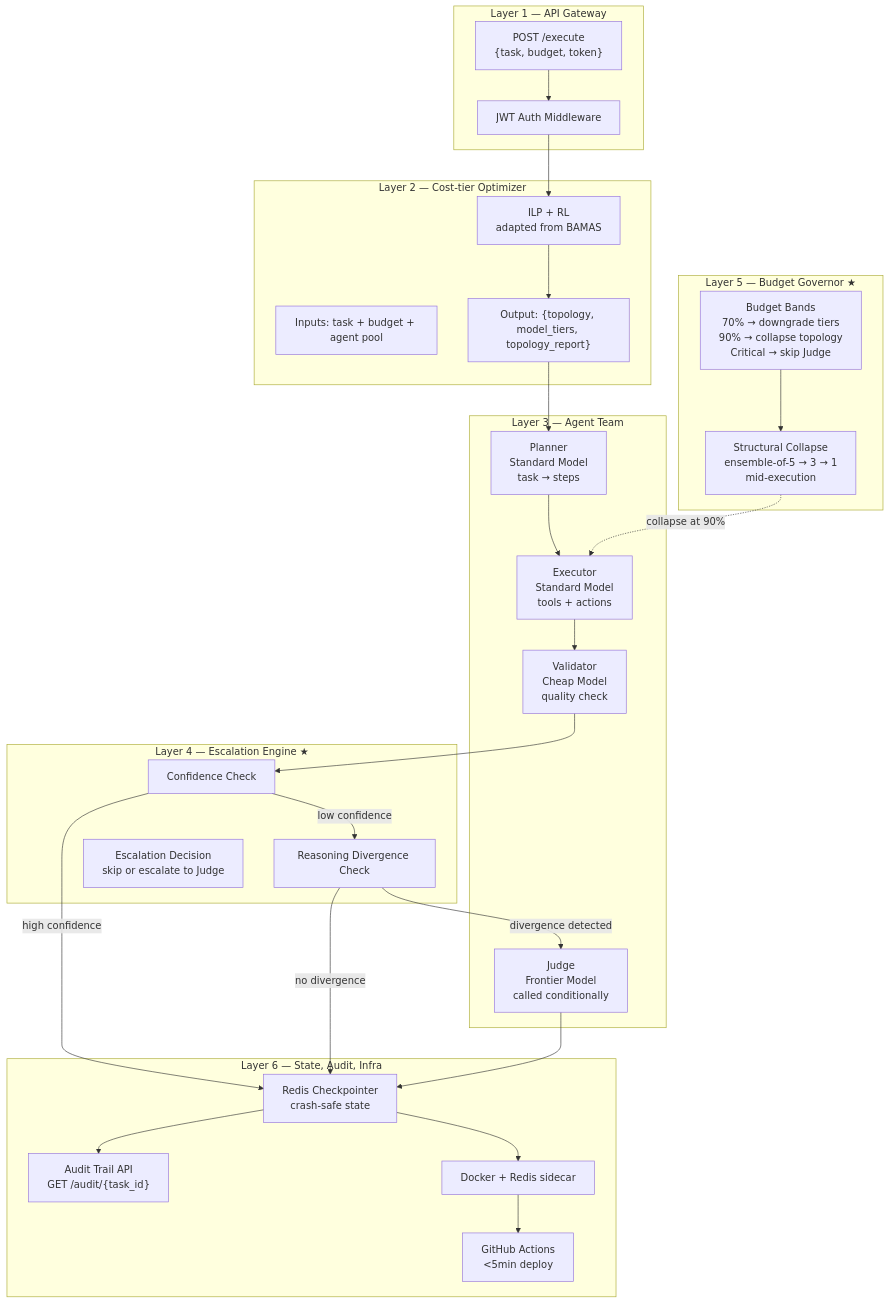
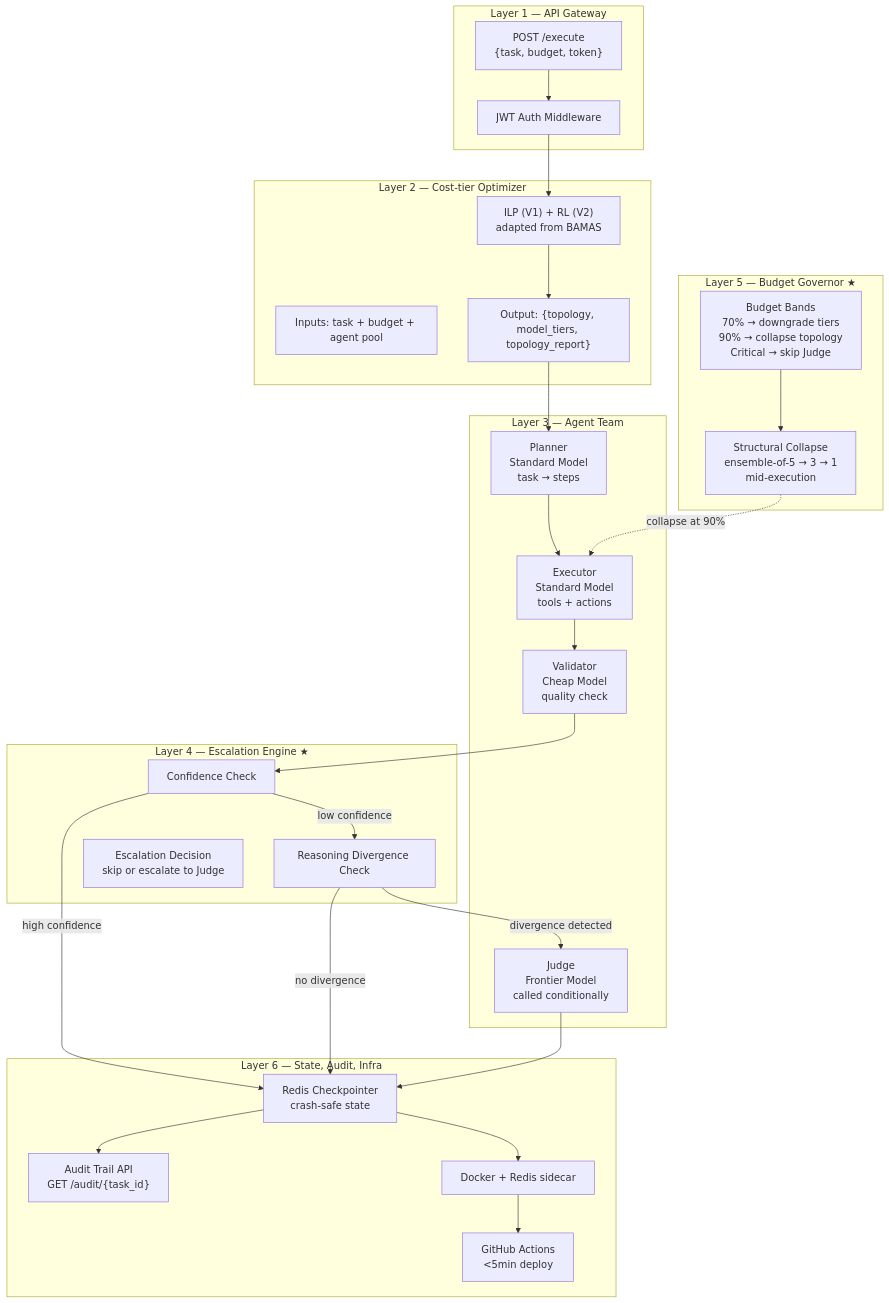
Before and after one commit to nikunjkumar05/multi_agent: the first of 3 diagrams in docs/plan.md, drawn with Mermaid. The commit also changed other lines of this file and 11 other files, not shown here.

````diff
--- a/docs/plan.md
+++ b/docs/plan.md
@@ -22,56 +30,50 @@
 ```mermaid
 flowchart TB
     subgraph "Layer 1 — API Gateway"
         REQ["POST /execute<br/>{task, budget, token}"]
         JWT["JWT Auth Middleware"]
         REQ --> JWT
     end
-
     subgraph "Layer 2 — Cost-tier Optimizer"
-        OPT["ILP + RL<br/>adapted from BAMAS"]
+        OPT["ILP (V1) + RL (V2)<br/>adapted from BAMAS"]
         OPT_IN["Inputs: task + budget + agent pool"]
         OPT_OUT["Output: {topology, model_tiers, topology_report}"]
         OPT --> OPT_OUT
     end
-
     subgraph "Layer 3 — Agent Team"
         PLAN["Planner<br/>Standard Model<br/>task → steps"]
         EXEC["Executor<br/>Standard Model<br/>tools + actions"]
         VAL["Validator<br/>Cheap Model<br/>quality check"]
         JUDGE["Judge<br/>Frontier Model<br/>called conditionally"]
     end
-
     subgraph "Layer 4 — Escalation Engine ★"
         CONF["Confidence Check"]
         DIV["Reasoning Divergence Check"]
         ROUTE_ESC["Escalation Decision<br/>skip or escalate to Judge"]
     end
-
     subgraph "Layer 5 — Budget Governor ★"
         BANDS["Budget Bands<br/>70% → downgrade tiers<br/>90% → collapse topology<br/>Critical → skip Judge"]
         DEGRADE["Structural Collapse<br/>ensemble-of-5 → 3 → 1<br/>mid-execution"]
     end
-
     subgraph "Layer 6 — State, Audit, Infra"
         REDIS["Redis Checkpointer<br/>crash-safe state"]
         AUDIT["Audit Trail API<br/>GET /audit/{task_id}"]
         DOCKER["Docker + Redis sidecar"]
         CI["GitHub Actions<br/><5min deploy"]
     end
-
     JWT --> OPT
     OPT_OUT --> PLAN
     PLAN --> EXEC
     EXEC --> VAL
     VAL --> CONF
     CONF -->|"high confidence"| REDIS
     CONF -->|"low confidence"| DIV
     DIV -->|"no divergence"| REDIS
     DIV -->|"divergence detected"| JUDGE
     JUDGE --> REDIS
     REDIS --> AUDIT
     BANDS --> DEGRADE
     DEGRADE -.->|"collapse at 90%"| EXEC
     REDIS --> DOCKER
     DOCKER --> CI
 ```
````
